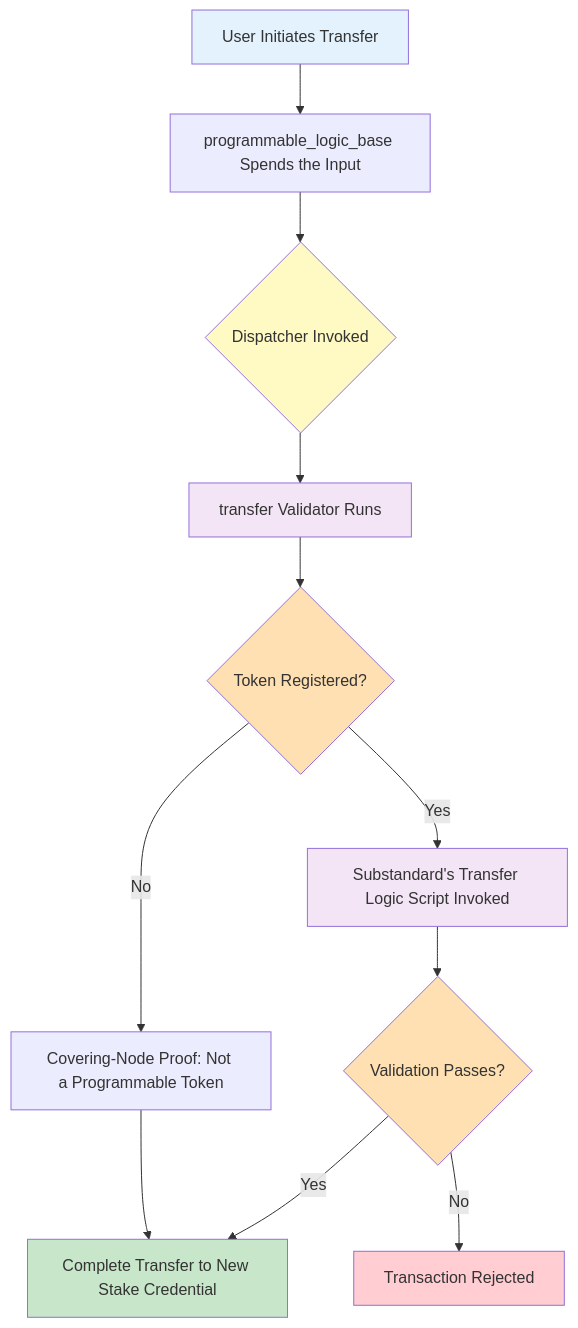
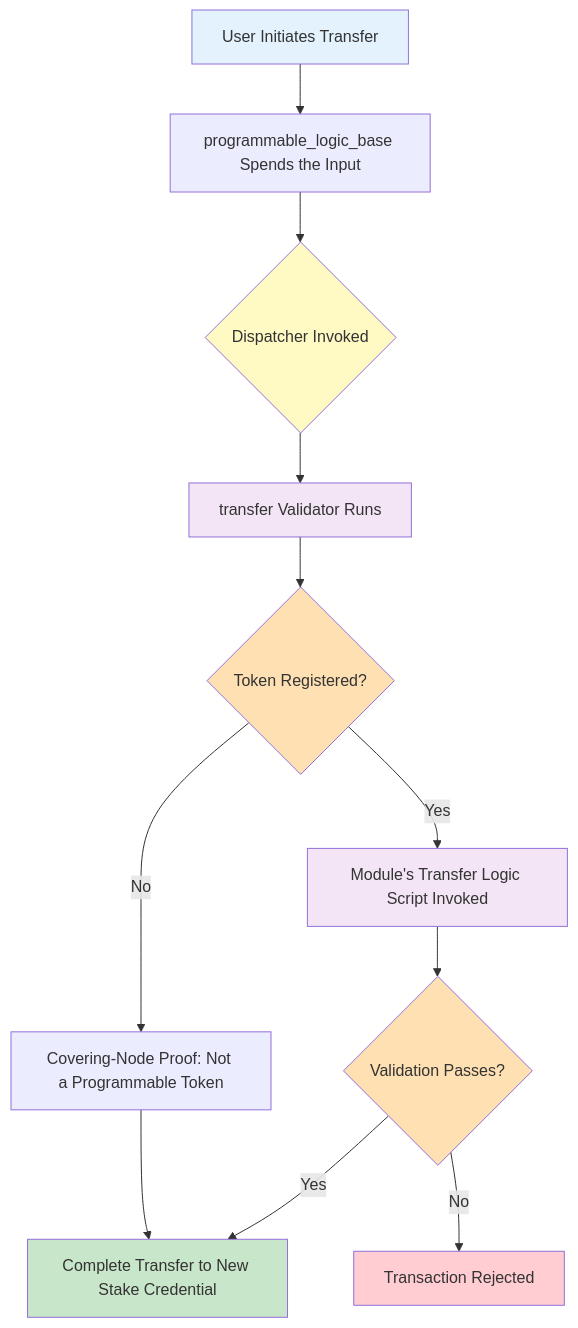
Before and after one commit to cardano-foundation/cip113-programmable-tokens: the diagram in documentation/01-INTRODUCTION.md, drawn with Mermaid. The commit also changed other lines of this file and 44 other files, not shown here.

````diff
--- a/documentation/01-INTRODUCTION.md
+++ b/documentation/01-INTRODUCTION.md
@@ -127,22 +127,22 @@
 ```mermaid
 graph TB
     A[User Initiates Transfer] --> B[programmable_logic_base Spends the Input]
     B --> C{Dispatcher Invoked}
     C --> D[transfer Validator Runs]
     D --> E{Token Registered?}
-    E -->|Yes| F[Substandard's Transfer Logic Script Invoked]
+    E -->|Yes| F[Module's Transfer Logic Script Invoked]
     E -->|No| G[Covering-Node Proof: Not a Programmable Token]
     F --> H{Validation Passes?}
     H -->|Yes| I[Complete Transfer to New Stake Credential]
     H -->|No| J[Transaction Rejected]
     G --> I
 
     style A fill:#e3f2fd
     style C fill:#fff9c4
     style D fill:#f3e5f5
     style E fill:#ffe0b2
     style F fill:#f3e5f5
     style H fill:#ffe0b2
     style I fill:#c8e6c9
     style J fill:#ffcdd2
 ```
````
